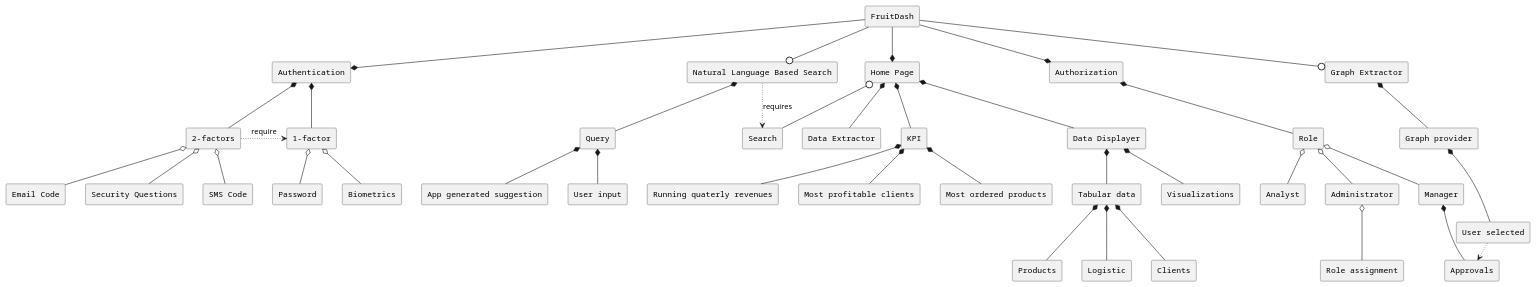
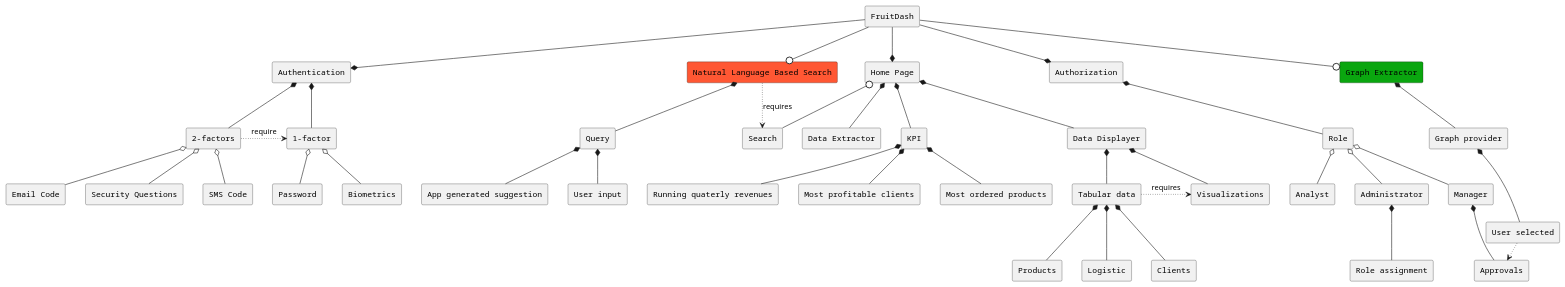
The diagram in src/sa/model/examples/fruitdash.puml (USI-MSDE-SA-2022/software-architecture-model-Travad), drawn with PlantUML before and after one commit. The commit also changed 4 other files, not shown here.

Commit message:
First final solution to feature model and context diagram

```diff
--- a/src/sa/model/examples/fruitdash.puml
+++ b/src/sa/model/examples/fruitdash.puml
@@ -1,103 +1,112 @@
 @startuml
+
+' Descriptors
+' rectangle "Exclusive" as EXCL #0AA60F
+' rectangle "Competition" as COMP #FF5733
+' rectangle "Both" as BOTH
+
+' EXCL *-- COMP
+' COMP *-- BOTH
 
 ' Layer 0 rectangle
 rectangle "FruitDash" as FD
 
 ' Layer 1 rectangles
 rectangle "Authentication" as AUTHC
 rectangle "Authorization" as AUTHR
 rectangle "Home Page" as HP
-rectangle "Graph Extractor" as GE
-rectangle "Natural Language Based Search" as NLBS
+rectangle "Graph Extractor" as GE #0AA60F
+rectangle "Natural Language Based Search" as NLBS #FF5733
 
 FD --* AUTHC
 FD --* AUTHR
 FD --* HP
 ' FD --* DD
 ' FD --* DE
 FD --0 GE
 FD --0 NLBS
 
 ' Layer 2 rectangles
 rectangle "1-factor" as 1F
 rectangle "2-factors" as 2F
 AUTHC *-- 1F
 AUTHC *-- 2F
 2F -[dotted]> 1F : require
 
 rectangle "Role" as ROLE
 AUTHR *-- ROLE
 
 rectangle "Search" as SEARCH
 rectangle "Data Displayer" as DD
 rectangle "Data Extractor" as DE
 rectangle "KPI" as KPI
 HP 0-- SEARCH
 HP *-- KPI
 HP *-- DD
 HP *-- DE
 NLBS -[dotted]> SEARCH : requires
 
 rectangle "Graph provider" as GP
 GE *-- GP
 
 rectangle "Query" as QUE
 NLBS *-- QUE
 
 ' Layer 3 rectangles
 rectangle "Password" as PWD
 rectangle "Biometrics" AS BIO
 rectangle "SMS Code" as SMS
 rectangle "Email Code" as EMAIL
 rectangle "Security Questions" as SQ
 1F o-- PWD
 1F o-- BIO
 2F o-- SMS
 2F o-- EMAIL
 2F o-- SQ
 
 rectangle "Tabular data" as LD
 rectangle "Visualizations" as VIS
 DD *-- LD
 DD *-- VIS
+LD -[dotted]> VIS : requires
 
 rectangle "Analyst" as ANA
 rectangle "Manager" as MAN
 rectangle "Administrator" as ADMIN
 ROLE o-- ANA
 ROLE o-- MAN
 ROLE o-- ADMIN
 
 rectangle "User input" as UI
 rectangle "App generated suggestion" as AGS
 QUE *-- UI
 QUE *-- AGS
 
 rectangle "User selected" as US
 GP *-- US
 
 ' Layer 4 rectangles
 rectangle "Approvals" as APPR
 rectangle "Role assignment" as ROASS
 MAN *-- APPR
-ADMIN O-- ROASS
+ADMIN *-- ROASS
 US -[dotted]> APPR : requires
 
 rectangle "Products" as PROD
 rectangle "Logistic" as LOG
 rectangle "Clients" as CLI
 LD *-- PROD
 LD *-- LOG
 LD *-- CLI
 
 rectangle "Most profitable clients" as MPC
 rectangle "Most ordered products" as MOP 
 rectangle "Running quaterly revenues" as RYR 
 KPI *-- MPC
 KPI *-- MOP
 KPI *-- RYR
 
-skinparam monochrome true
+skinparam monochrome false
 skinparam shadowing false
 skinparam defaultFontName Courier
 @enduml
```
